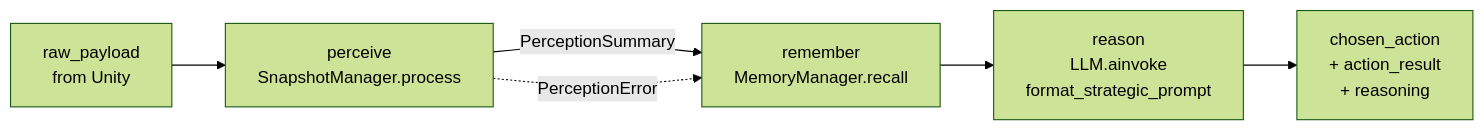
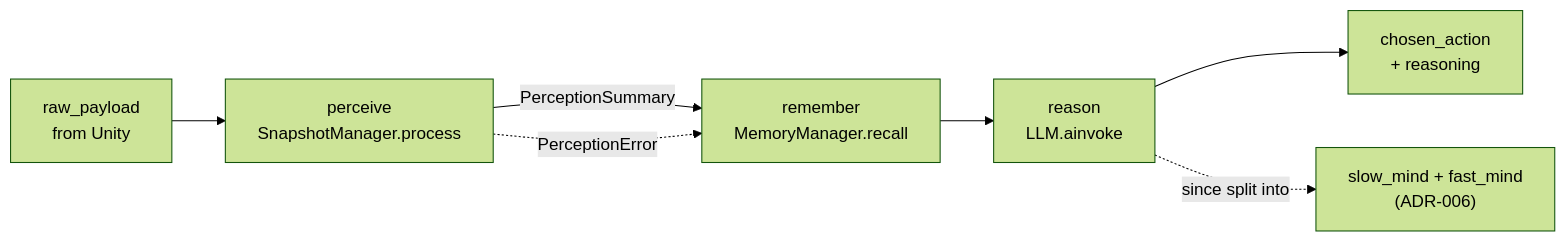
The first of 2 diagrams in docs/decisions/ADR-003-agent-runtime-architecture.md (MewiLab/mewi), drawn with Mermaid (forest theme) before and after one commit. The commit also changed other lines of this file and 49 other files, not shown here.

````diff
--- a/docs/decisions/ADR-003-agent-runtime-architecture.md
+++ b/docs/decisions/ADR-003-agent-runtime-architecture.md
@@ -34,8 +59,10 @@
 ```mermaid
 flowchart LR
     A[raw_payload<br/>from Unity] --> P[perceive<br/>SnapshotManager.process]
     P -->|PerceptionSummary| M[remember<br/>MemoryManager.recall]
     P -.->|PerceptionError| M
-    M --> R[reason<br/>LLM.ainvoke<br/>format_strategic_prompt]
-    R --> O[chosen_action<br/>+ action_result<br/>+ reasoning]
+    M --> R[reason<br/>LLM.ainvoke]
+    R --> O[chosen_action<br/>+ reasoning]
+
+    R -.->|since split into| SF["slow_mind + fast_mind<br/>(ADR-006)"]
 ```
````
